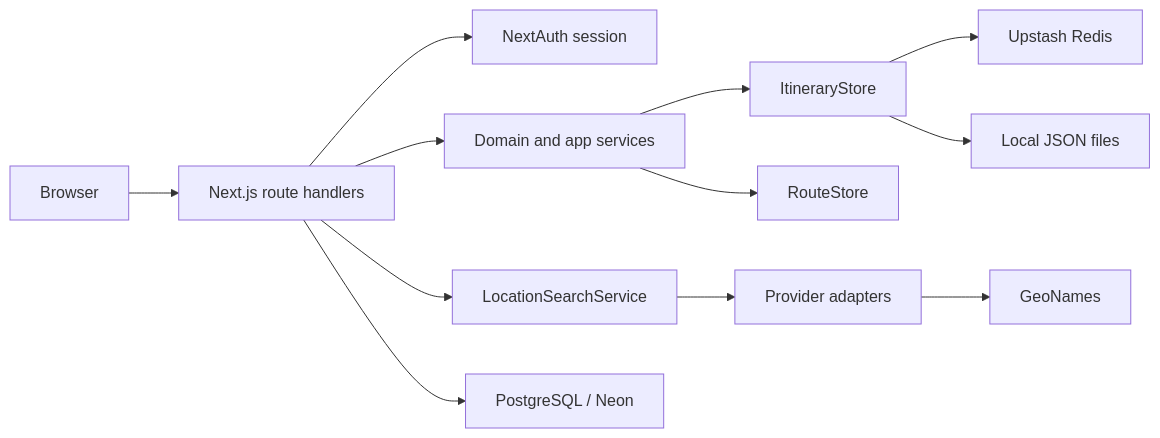
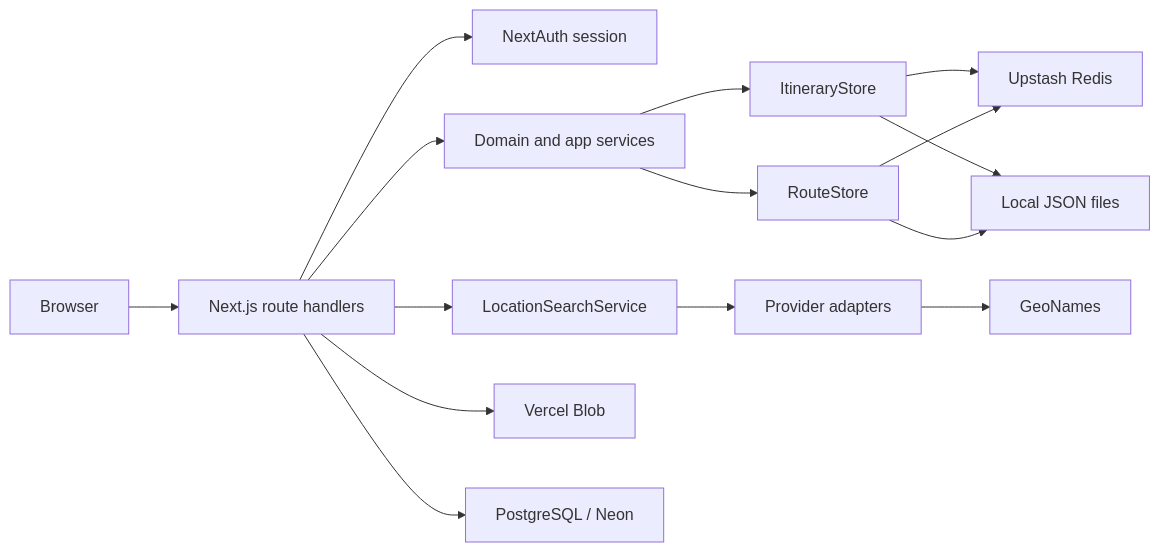
Before and after one commit to moukayz/my-tesm-tests: the diagram in travel-plan-web-next/docs/backend-architecture.md, drawn with Mermaid. The commit also changed other lines of this file and 20 other files, not shown here.

````diff
--- a/travel-plan-web-next/docs/backend-architecture.md
+++ b/travel-plan-web-next/docs/backend-architecture.md
@@ -12,27 +13,31 @@
 ```mermaid
 flowchart LR
     Browser[Browser]
     Handlers[Next.js route handlers]
     Auth[NextAuth session]
     Service[Domain and app services]
     LSearch[LocationSearchService]
     LProv[Provider adapters]
     IStore[ItineraryStore]
     RStore[RouteStore]
+    Blob[Vercel Blob]
     Redis[Upstash Redis]
     File[Local JSON files]
     PG[PostgreSQL / Neon]
     Geo[GeoNames]
 
     Browser --> Handlers
     Handlers --> Auth
     Handlers --> Service
     Handlers --> LSearch
     LSearch --> LProv
     LProv --> Geo
     Service --> IStore
     Service --> RStore
     IStore --> Redis
     IStore --> File
+    RStore --> Redis
+    RStore --> File
     Handlers --> PG
+    Handlers --> Blob
 ```
````
